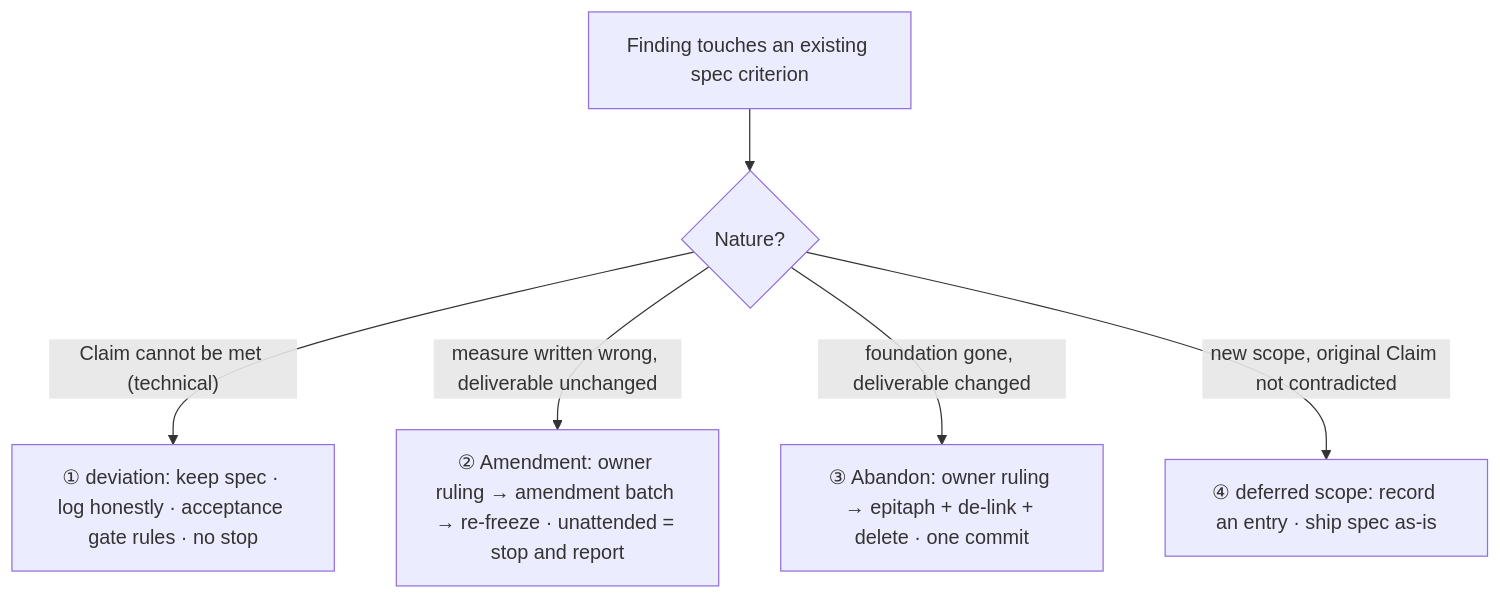
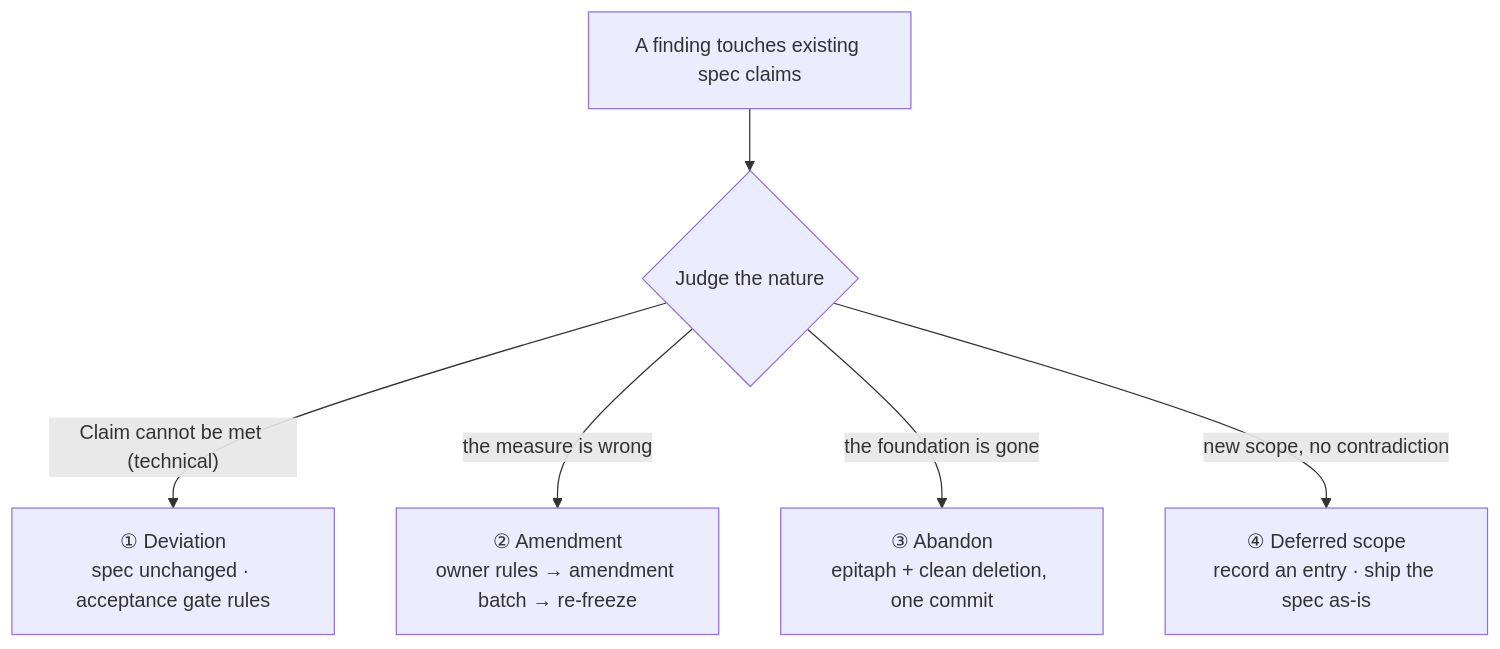
One commit to nightBrise/sci-spec-loop-skill changed the third of 8 diagrams in README.en.md. Above: the diagram before and after it, drawn with Mermaid. The commit also changed other lines of this file and 8 other files, not shown here.

````diff
--- a/README.en.md
+++ b/README.en.md
@@ -83,8 +48,8 @@
 ```mermaid
 flowchart TD
-    TRIG["Finding touches an existing spec criterion"] --> J{"Nature?"}
-    J -->|"Claim cannot be met (technical)"| D1["① deviation: keep spec · log honestly · acceptance gate rules · no stop"]
-    J -->|"measure written wrong, deliverable unchanged"| D2["② Amendment: owner ruling → amendment batch → re-freeze · unattended = stop and report"]
-    J -->|"foundation gone, deliverable changed"| D3["③ Abandon: owner ruling → epitaph + de-link + delete · one commit"]
-    J -->|"new scope, original Claim not contradicted"| D4["④ deferred scope: record an entry · ship spec as-is"]
+    F["A finding touches existing spec claims"] --> J{"Judge the nature"}
+    J -->|"Claim cannot be met (technical)"| C1["① Deviation<br/>spec unchanged · acceptance gate rules"]
+    J -->|"the measure is wrong"| C2["② Amendment<br/>owner rules → amendment batch → re-freeze"]
+    J -->|"the foundation is gone"| C3["③ Abandon<br/>epitaph + clean deletion, one commit"]
+    J -->|"new scope, no contradiction"| C4["④ Deferred scope<br/>record an entry · ship the spec as-is"]
 ```
````
